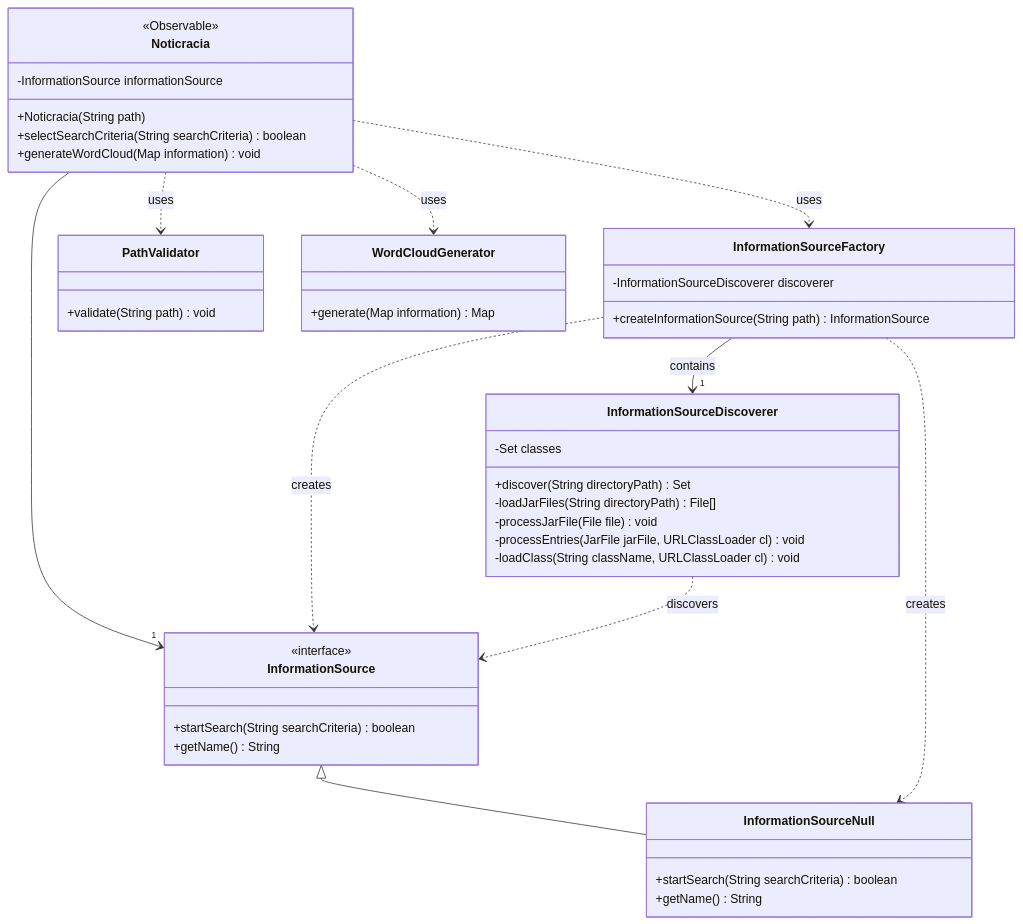
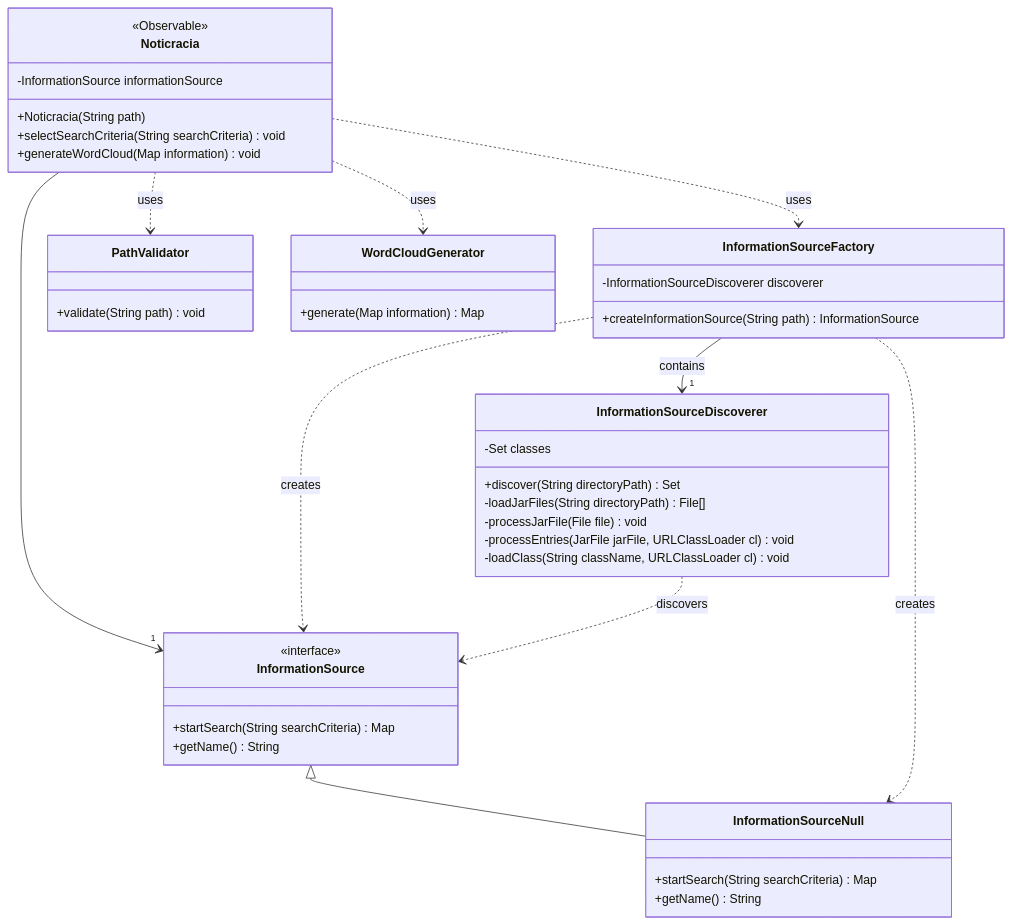
One commit to juanmanuellosada/noticracia-core changed the first of 5 diagrams in README.md. Above: the diagram before and after it, drawn with Mermaid. The commit also changed other lines of this file and 3 other files, not shown here.

Commit message:
Mejoro la versión con un pequeño cambio en la generación de la nube y agrego diagramas al README

````diff
--- a/README.md
+++ b/README.md
@@ -5,47 +5,47 @@
 ```mermaid
 classDiagram
     class Noticracia {
         <<Observable>>
         -InformationSource informationSource
         +Noticracia(String path)
-        +selectSearchCriteria(String searchCriteria) boolean
+        +selectSearchCriteria(String searchCriteria) void
         +generateWordCloud(Map information) void
     }
     class InformationSource {
         <<interface>>
-        +startSearch(String searchCriteria) boolean
+        +startSearch(String searchCriteria) Map<String, String>
         +getName() String
     }
     class InformationSourceNull {
-        +startSearch(String searchCriteria) boolean
+        +startSearch(String searchCriteria) Map<String, String>
         +getName() String
     }
     class InformationSourceDiscoverer {
         -Set classes
         +discover(String directoryPath) Set
         -loadJarFiles(String directoryPath) File[]
         -processJarFile(File file) void
         -processEntries(JarFile jarFile, URLClassLoader cl) void
         -loadClass(String className, URLClassLoader cl) void
     }
     class InformationSourceFactory {
         -InformationSourceDiscoverer discoverer
         +createInformationSource(String path) InformationSource
     }
     class PathValidator {
         +validate(String path) void
     }
     class WordCloudGenerator {
         +generate(Map information) Map
     }
 
     Noticracia --> "1" InformationSource
     Noticracia ..> InformationSourceFactory : uses
     Noticracia ..> WordCloudGenerator : uses
     Noticracia ..> PathValidator : uses
     InformationSource <|-- InformationSourceNull
     InformationSourceFactory --> "1" InformationSourceDiscoverer : contains
     InformationSourceFactory ..> InformationSource : creates
     InformationSourceFactory ..> InformationSourceNull : creates
     InformationSourceDiscoverer ..> InformationSource : discovers
 ```
````
